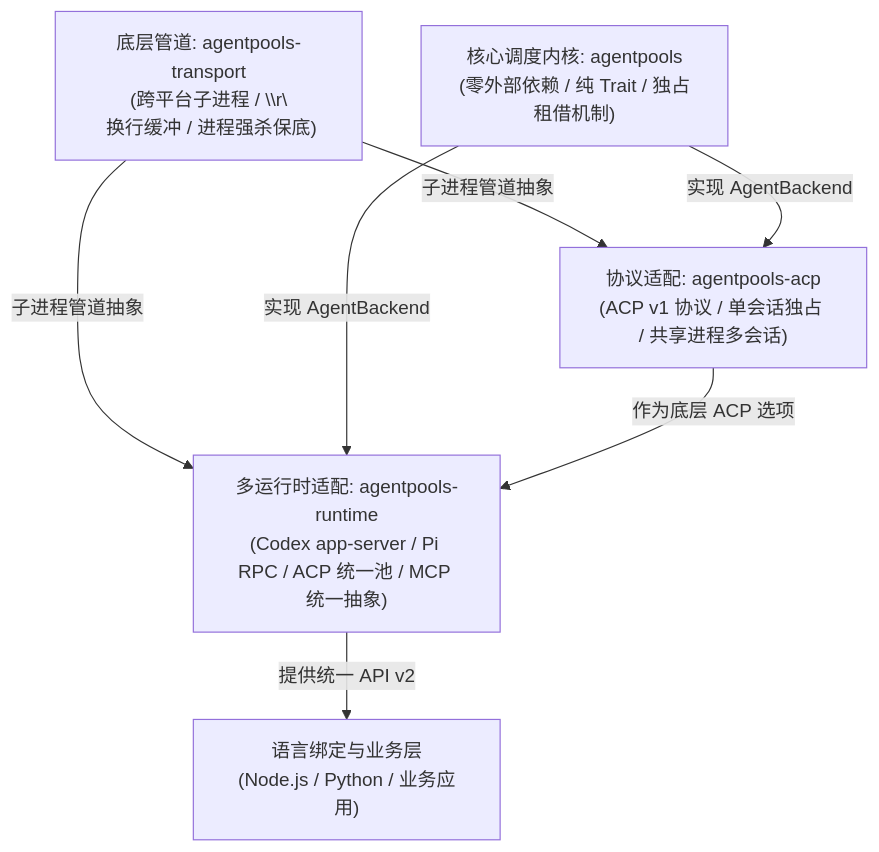
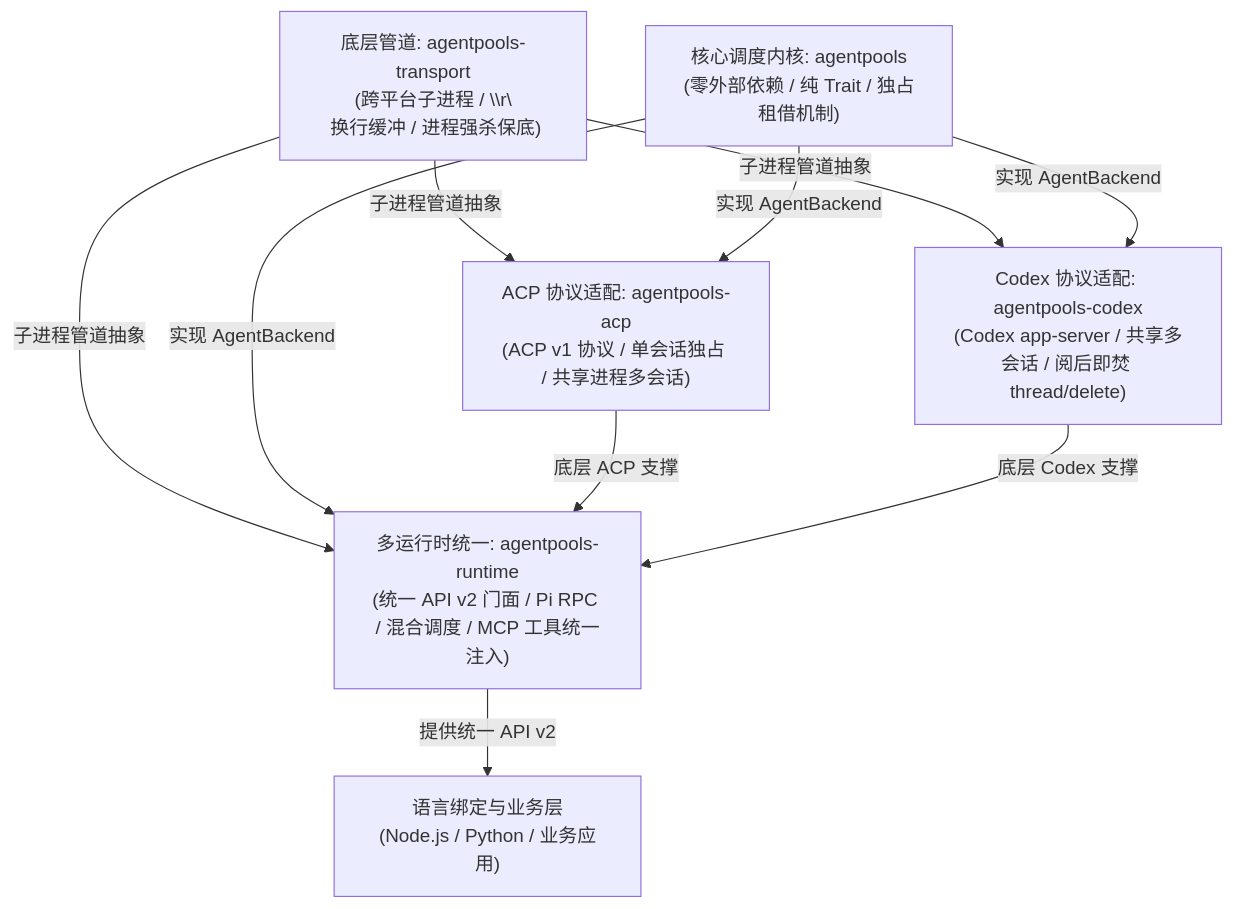
One commit to yitom486/agentpools changed the diagram in crates/README.md. Above: the diagram before and after it, drawn with Mermaid. The commit also changed other lines of this file and 11 other files, not shown here.

Commit message:
feat: extract agentpools-codex with shared multiplexing and ephemeral session cleanup

````diff
--- a/crates/README.md
+++ b/crates/README.md
@@ -11,15 +11,19 @@
 ```mermaid
 flowchart TD
     Core["核心调度内核: agentpools<br/>(零外部依赖 / 纯 Trait / 独占租借机制)"]
     Transport["底层管道: agentpools-transport<br/>(跨平台子进程 / \\r\\n 换行缓冲 / 进程强杀保底)"]
-    Acp["协议适配: agentpools-acp<br/>(ACP v1 协议 / 单会话独占 / 共享进程多会话)"]
-    Runtime["多运行时适配: agentpools-runtime<br/>(Codex app-server / Pi RPC / ACP 统一池 / MCP 统一抽象)"]
+    Acp["ACP 协议适配: agentpools-acp<br/>(ACP v1 协议 / 单会话独占 / 共享进程多会话)"]
+    Codex["Codex 协议适配: agentpools-codex<br/>(Codex app-server / 共享多会话 / 阅后即焚 thread/delete)"]
+    Runtime["多运行时统一: agentpools-runtime<br/>(统一 API v2 门面 / Pi RPC / 混合调度 / MCP 工具统一注入)"]
     Bindings["语言绑定与业务层<br/>(Node.js / Python / 业务应用)"]
 
     Transport -->|"子进程管道抽象"| Acp
+    Transport -->|"子进程管道抽象"| Codex
     Transport -->|"子进程管道抽象"| Runtime
     Core -->|"实现 AgentBackend"| Acp
+    Core -->|"实现 AgentBackend"| Codex
     Core -->|"实现 AgentBackend"| Runtime
-    Acp -->|"作为底层 ACP 选项"| Runtime
+    Acp -->|"底层 ACP 支撑"| Runtime
+    Codex -->|"底层 Codex 支撑"| Runtime
     Runtime -->|"提供统一 API v2"| Bindings
 ```
````
